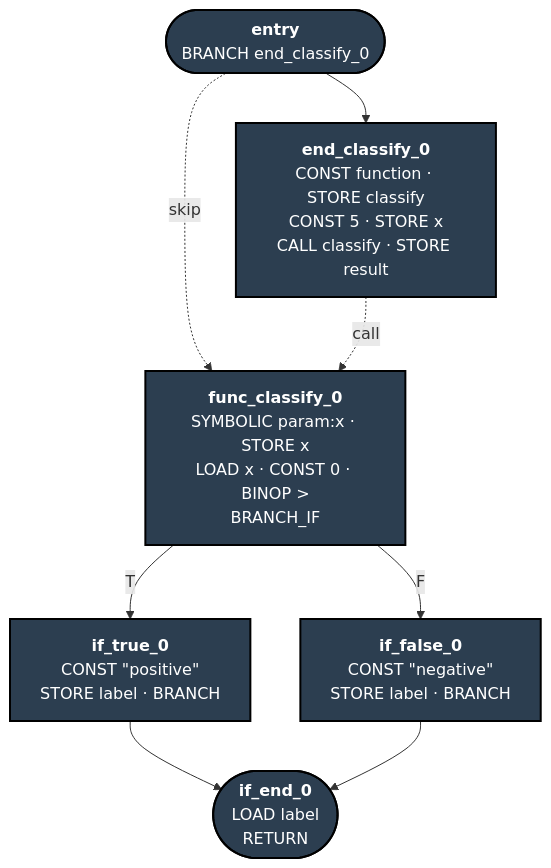
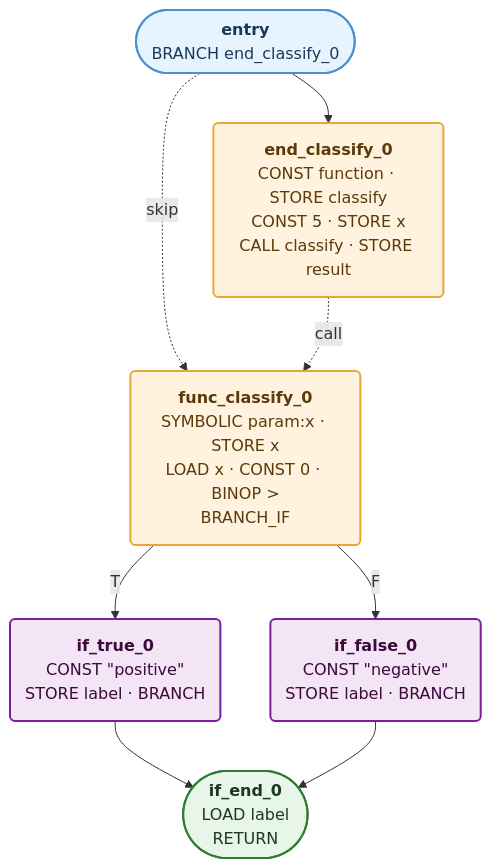
The second of 9 diagrams in _posts/2026-03-01-designing-reddragon-multi-language-code-analysis.md (asengupta/avishek.net), drawn with Mermaid before and after one commit. The commit also changed other lines of this file and 2 other files, not shown here.

First line of the commit message:
Beautify mermaid diagrams across all three posts, add Tools section and execution loop

````diff
--- a/_posts/2026-03-01-designing-reddragon-multi-language-code-analysis.md
+++ b/_posts/2026-03-01-designing-reddragon-multi-language-code-analysis.md
@@ -149,24 +155,22 @@
 ```mermaid
 flowchart TD
-    entry(["<b>entry</b><br>BRANCH end_classify_0"])
-    func["<b>func_classify_0</b><br>SYMBOLIC param:x · STORE x<br>LOAD x · CONST 0 · BINOP ><br>BRANCH_IF"]
-    if_true["<b>if_true_0</b><br>CONST &quot;positive&quot;<br>STORE label · BRANCH"]
-    if_false["<b>if_false_0</b><br>CONST &quot;negative&quot;<br>STORE label · BRANCH"]
-    if_end(["<b>if_end_0</b><br>LOAD label<br>RETURN"])
-    end_classify["<b>end_classify_0</b><br>CONST function · STORE classify<br>CONST 5 · STORE x<br>CALL classify · STORE result"]
+    entry(["<b>entry</b><br/>BRANCH end_classify_0"]):::entry
+    func("<b>func_classify_0</b><br/>SYMBOLIC param:x · STORE x<br/>LOAD x · CONST 0 · BINOP ><br/>BRANCH_IF"):::block
+    if_true("<b>if_true_0</b><br/>CONST &quot;positive&quot;<br/>STORE label · BRANCH"):::branch
+    if_false("<b>if_false_0</b><br/>CONST &quot;negative&quot;<br/>STORE label · BRANCH"):::branch
+    if_end(["<b>if_end_0</b><br/>LOAD label<br/>RETURN"]):::exit
+    end_classify("<b>end_classify_0</b><br/>CONST function · STORE classify<br/>CONST 5 · STORE x<br/>CALL classify · STORE result"):::block
 
     entry --> end_classify
     entry -.->|"skip"| func
-    func -- T --> if_true
-    func -- F --> if_false
+    func -- "T" --> if_true
+    func -- "F" --> if_false
     if_true --> if_end
     if_false --> if_end
     end_classify -.->|"call"| func
 
-    style entry fill:#2c3e50,stroke:#000,stroke-width:2px,color:#fff
-    style func fill:#2c3e50,stroke:#000,stroke-width:2px,color:#fff
-    style if_true fill:#2c3e50,stroke:#000,stroke-width:2px,color:#fff
-    style if_false fill:#2c3e50,stroke:#000,stroke-width:2px,color:#fff
-    style if_end fill:#2c3e50,stroke:#000,stroke-width:2px,color:#fff
-    style end_classify fill:#2c3e50,stroke:#000,stroke-width:2px,color:#fff
+    classDef entry fill:#e8f4fd,stroke:#4a90d9,stroke-width:2px,color:#1a3a5c
+    classDef block fill:#fff3e0,stroke:#e8a735,stroke-width:2px,color:#5c3a0a
+    classDef branch fill:#f3e5f5,stroke:#7b1fa2,stroke-width:2px,color:#3a0a3a
+    classDef exit fill:#e8f5e9,stroke:#2e7d32,stroke-width:2px,color:#1a3a1a
 ```
````
